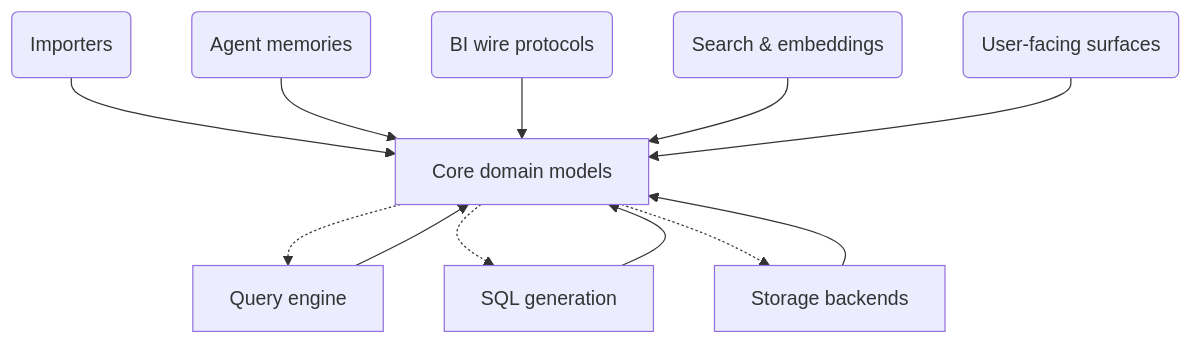
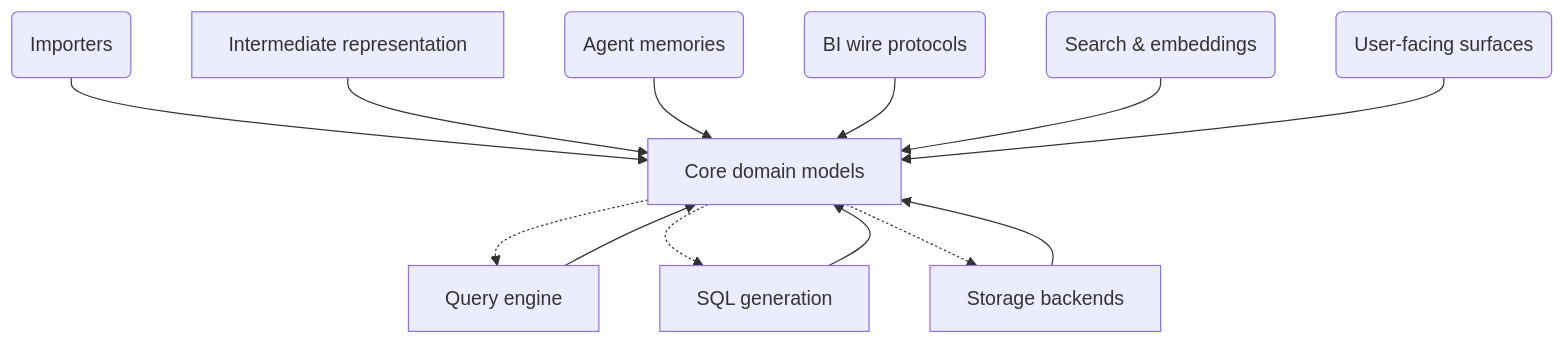
One commit to MotleyAI/slayer changed the diagram in architecture/core.arc42.md. Above: the diagram before and after it, drawn with Mermaid. The commit also changed other lines of this file and 111 other files, not shown here.

First line of the commit message:
DEV-1872: extract slayer/ir — move the shared intermediate representation out of engine

````diff
--- a/architecture/core.arc42.md
+++ b/architecture/core.arc42.md
@@ -15,24 +15,26 @@
 ```mermaid
 flowchart TD
   %% core_focus: Core in context
   core["Core domain models"]
   engine["Query engine"]
   sql["SQL generation"]
   storage["Storage backends"]
   importers("Importers")
+  ir["Intermediate representation"]
   memories("Agent memories")
   protocols("BI wire protocols")
   search("Search & embeddings")
   surfaces("User-facing surfaces")
   core -.-> engine
   core -.-> sql
   core -.-> storage
   engine --> core
   importers --> core
+  ir --> core
   memories --> core
   protocols --> core
   search --> core
   sql --> core
   storage --> core
   surfaces --> core
 ```
````
